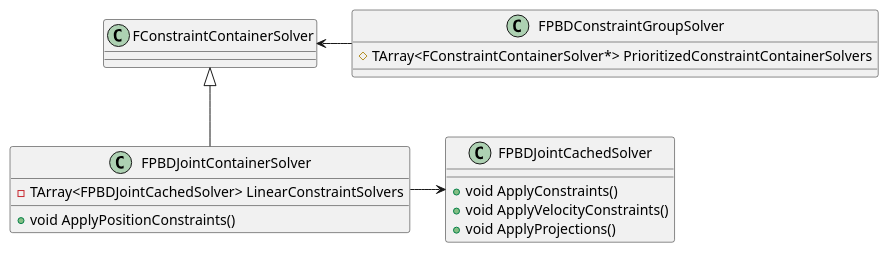
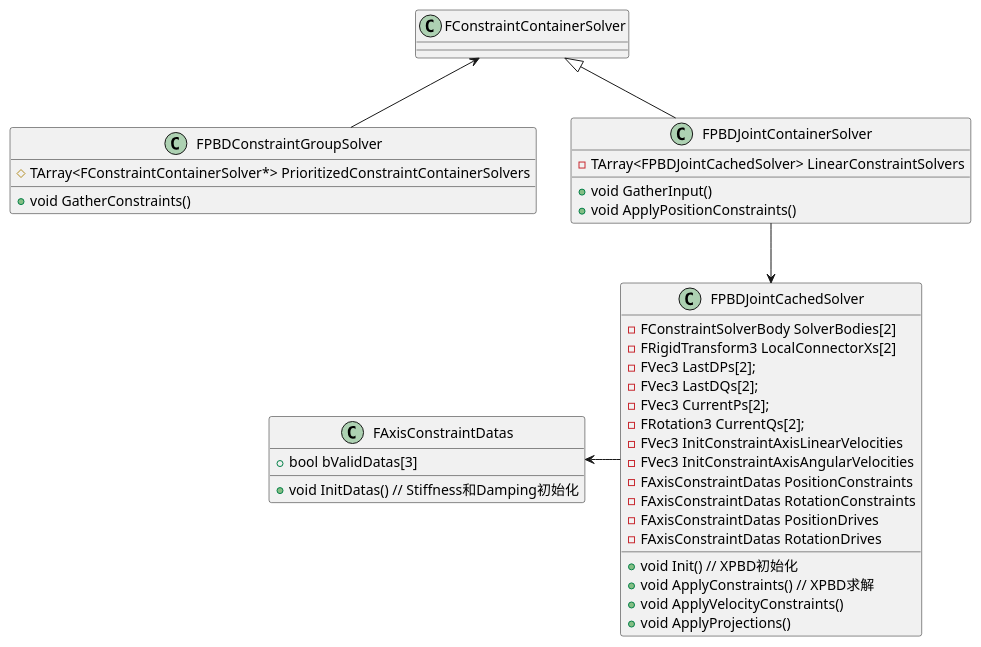
The diagram in UE5.3/PhysicsControl/JointSolver.puml (zhohn0/vscode-files), drawn with PlantUML before and after one commit. The commit also changed 5 other files, not shown here.

```diff
--- a/UE5.3/PhysicsControl/JointSolver.puml
+++ b/UE5.3/PhysicsControl/JointSolver.puml
@@ -1,30 +1,51 @@
 @startuml
+
+class FPBDConstraintGroupSolver{
+    # TArray<FConstraintContainerSolver*> PrioritizedConstraintContainerSolvers
+    + void GatherConstraints()
+}
 
 class FConstraintContainerSolver{
 
 }
 
 class FPBDJointContainerSolver{
     - TArray<FPBDJointCachedSolver> LinearConstraintSolvers
+    + void GatherInput()
     + void ApplyPositionConstraints()
 }
 
-class FPBDConstraintGroupSolver{
-    # TArray<FConstraintContainerSolver*> PrioritizedConstraintContainerSolvers
+class FAxisConstraintDatas{
+    + bool bValidDatas[3]
+    + void InitDatas() // Stiffness和Damping初始化
 }
 
 class FPBDJointCachedSolver{
-    + void ApplyConstraints()
+    - FConstraintSolverBody SolverBodies[2]
+    - FRigidTransform3 LocalConnectorXs[2]
+    - FVec3 LastDPs[2];
+	- FVec3 LastDQs[2];
+	- FVec3 CurrentPs[2];
+	- FRotation3 CurrentQs[2];
+    - FVec3 InitConstraintAxisLinearVelocities
+    - FVec3 InitConstraintAxisAngularVelocities
+    - FAxisConstraintDatas PositionConstraints
+	- FAxisConstraintDatas RotationConstraints
+	- FAxisConstraintDatas PositionDrives
+	- FAxisConstraintDatas RotationDrives
+    + void Init() // XPBD初始化
+    + void ApplyConstraints() // XPBD求解
     + void ApplyVelocityConstraints()
     + void ApplyProjections()
 
 }
 
 ' 继承
-FConstraintContainerSolver <|-- FPBDJointContainerSolver
+FConstraintContainerSolver <|-down- FPBDJointContainerSolver
 
 ' 关联
-FPBDConstraintGroupSolver -left-> FConstraintContainerSolver
-FPBDJointContainerSolver -right-> FPBDJointCachedSolver
+FPBDConstraintGroupSolver -up-> FConstraintContainerSolver
+FPBDJointContainerSolver -down-> FPBDJointCachedSolver
+FPBDJointCachedSolver -left-> FAxisConstraintDatas
 
 @enduml
```
